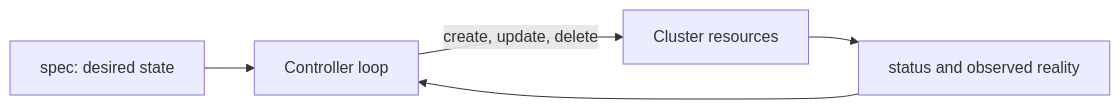
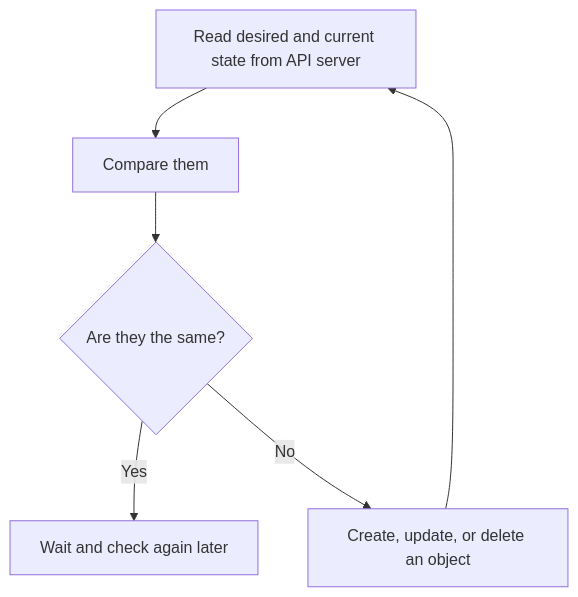
Before and after one commit to asadjan4611/K8s-Tutorial: the ninth of 36 diagrams in Day-01-README.md, drawn with Mermaid. The commit also changed other lines of this file, not shown here.

````diff
--- a/Day-01-README.md
+++ b/Day-01-README.md
@@ -265,7 +724,8 @@
 ```mermaid
-flowchart LR
-    SPEC[spec: desired state] --> CTRL[Controller loop]
-    ACTUAL[status and observed reality] --> CTRL
-    CTRL -->|create, update, delete| REAL[Cluster resources]
-    REAL --> ACTUAL
+flowchart TD
+    API[Read desired and current state from API server] --> COMPARE[Compare them]
+    COMPARE --> SAME{Are they the same?}
+    SAME -->|Yes| WAIT[Wait and check again later]
+    SAME -->|No| ACTION[Create, update, or delete an object]
+    ACTION --> API
 ```
````
